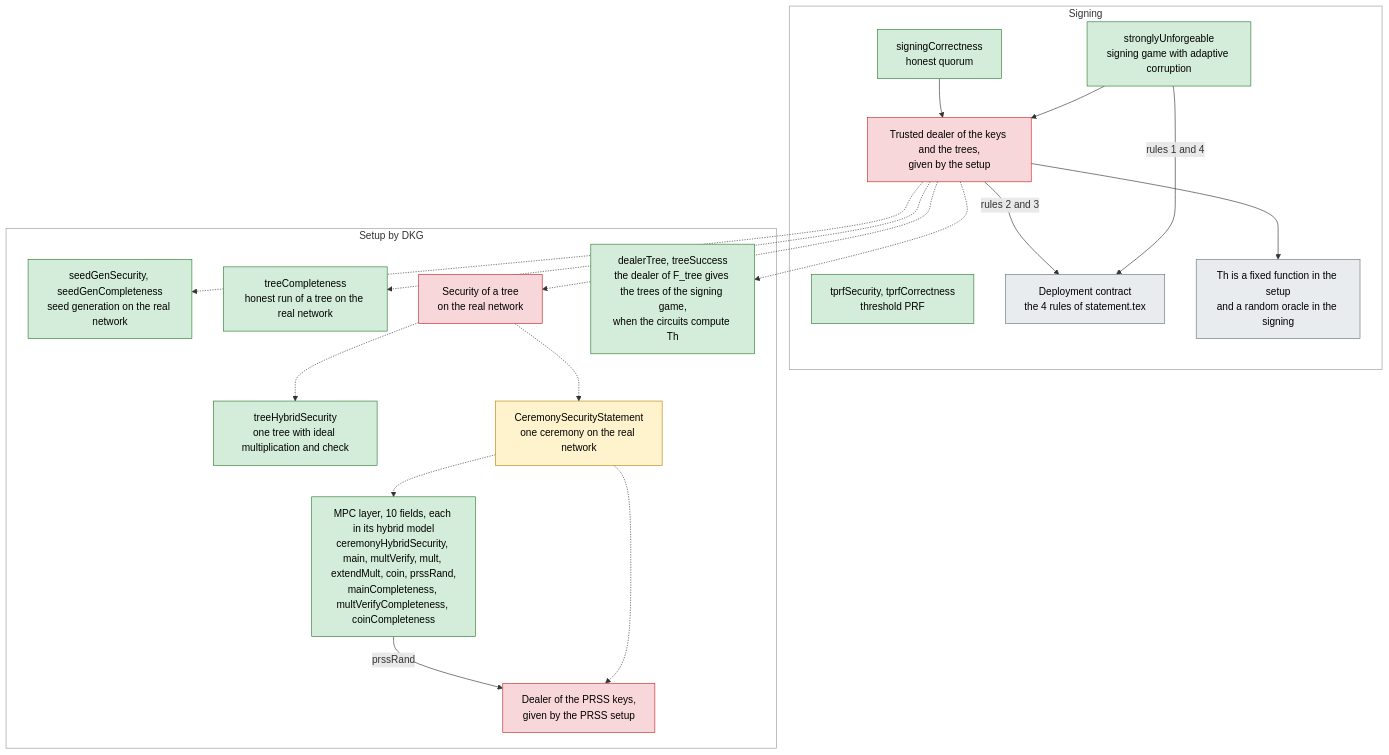
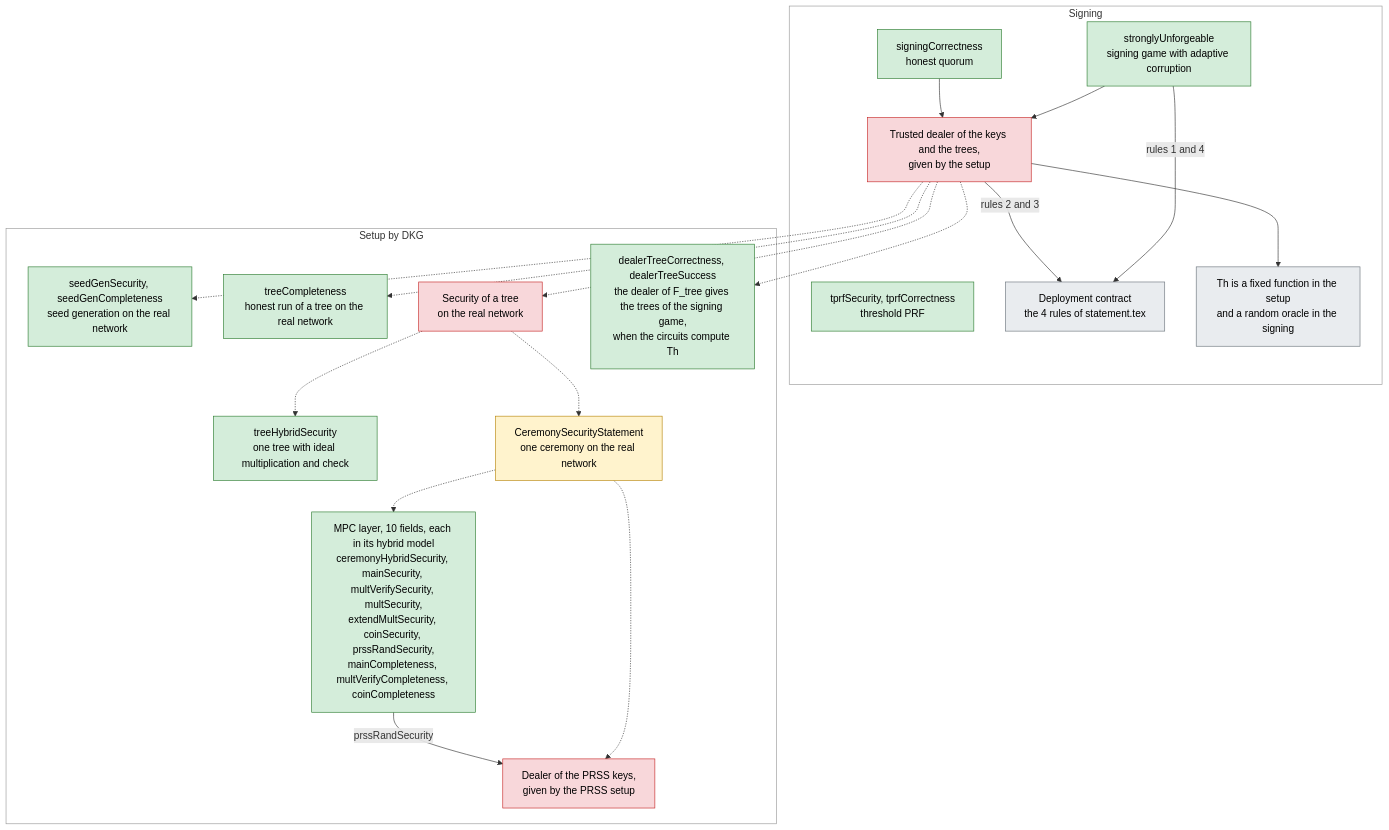
One commit to han0110/threshold-lean-xmss changed the diagram in formal/README.md. Above: the diagram before and after it, drawn with Mermaid. The commit also changed other lines of this file and 20 other files, not shown here.

````diff
--- a/formal/README.md
+++ b/formal/README.md
@@ -59,45 +59,45 @@
 ```mermaid
 flowchart TB
   classDef proved fill:#d4edda,stroke:#2e7d32,color:#000
   classDef stated fill:#fff3cd,stroke:#b8860b,color:#000
   classDef missing fill:#f8d7da,stroke:#c62828,color:#000
   classDef assumed fill:#e9ecef,stroke:#6c757d,color:#000
 
   subgraph SIG["Signing"]
     SUF["stronglyUnforgeable<br/>signing game with adaptive corruption"]:::proved
     SCOR["signingCorrectness<br/>honest quorum"]:::proved
     TPRF["tprfSecurity, tprfCorrectness<br/>threshold PRF"]:::proved
     DEALT["Trusted dealer of the keys and the trees,<br/>given by the setup"]:::missing
     RULES["Deployment contract<br/>the 4 rules of statement.tex"]:::assumed
     HEUR["Th is a fixed function in the setup<br/>and a random oracle in the signing"]:::assumed
   end
 
   subgraph DKG["Setup by DKG"]
     SEED["seedGenSecurity, seedGenCompleteness<br/>seed generation on the real network"]:::proved
     TCOMP["treeCompleteness<br/>honest run of a tree on the real network"]:::proved
     THYB["treeHybridSecurity<br/>one tree with ideal multiplication and check"]:::proved
     TSEC["Security of a tree<br/>on the real network"]:::missing
-    DEALER["dealerTree, treeSuccess<br/>the dealer of F_tree gives the trees of the signing game,<br/>when the circuits compute Th"]:::proved
+    DEALER["dealerTreeCorrectness, dealerTreeSuccess<br/>the dealer of F_tree gives the trees of the signing game,<br/>when the circuits compute Th"]:::proved
     CSEC["CeremonySecurityStatement<br/>one ceremony on the real network"]:::stated
-    MPC["MPC layer, 10 fields, each in its hybrid model<br/>ceremonyHybridSecurity, main, multVerify, mult, extendMult, coin, prssRand,<br/>mainCompleteness, multVerifyCompleteness, coinCompleteness"]:::proved
+    MPC["MPC layer, 10 fields, each in its hybrid model<br/>ceremonyHybridSecurity, mainSecurity, multVerifySecurity, multSecurity,<br/>extendMultSecurity, coinSecurity, prssRandSecurity,<br/>mainCompleteness, multVerifyCompleteness, coinCompleteness"]:::proved
     PKEYS["Dealer of the PRSS keys,<br/>given by the PRSS setup"]:::missing
   end
 
   style SIG fill:#ffffff,stroke:#999999
   style DKG fill:#ffffff,stroke:#999999
 
   SUF --> DEALT
   SCOR --> DEALT
   SUF -->|rules 1 and 4| RULES
   DEALT -->|rules 2 and 3| RULES
   DEALT --> HEUR
   DEALT -.-> SEED
   DEALT -.-> DEALER
   DEALT -.-> TCOMP
   DEALT -.-> TSEC
   TSEC -.-> THYB
   TSEC -.-> CSEC
   CSEC -.-> MPC
   CSEC -.-> PKEYS
-  MPC -->|prssRand| PKEYS
+  MPC -->|prssRandSecurity| PKEYS
 ```
````
